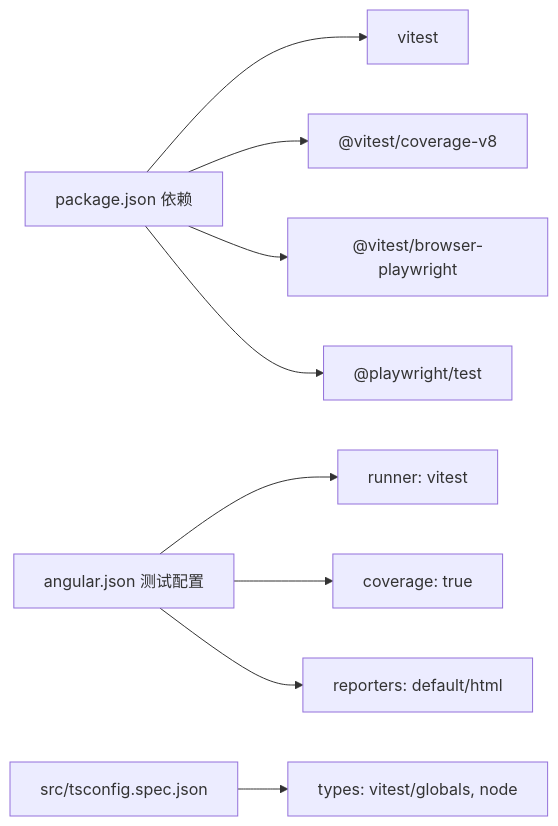
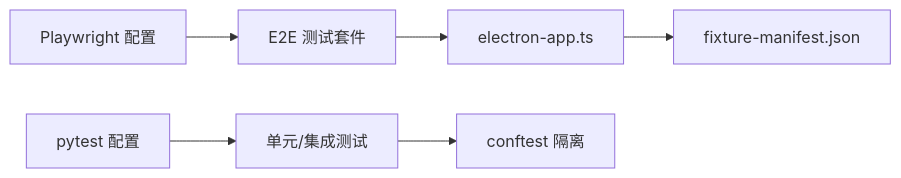
The fifth of 5 diagrams in .qoder/repowiki/zh/content/测试策略/测试策略.md (haolange/RDC-Agent), drawn with Mermaid before and after one commit. The commit also changed other lines of this file and 84 other files, not shown here.

````diff
--- a/.qoder/repowiki/zh/content/测试策略/测试策略.md
+++ b/.qoder/repowiki/zh/content/测试策略/测试策略.md
@@ -255,11 +232,8 @@
 ```mermaid
 graph LR
-Pkg["package.json 依赖"] --> Vitest["vitest"]
-Pkg --> Cover["@vitest/coverage-v8"]
-Pkg --> BP["@vitest/browser-playwright"]
-Pkg --> PW["@playwright/test"]
-CLI["angular.json 测试配置"] --> Runner["runner: vitest"]
-CLI --> Cov["coverage: true"]
-CLI --> Reports["reporters: default/html"]
-SpecTS["src/tsconfig.spec.json"] --> Types["types: vitest/globals, node"]
+PW["Playwright 配置"] --> E2E["E2E 测试套件"]
+E2E --> Helper["electron-app.ts"]
+Helper --> Fix["fixture-manifest.json"]
+Py["pytest 配置"] --> PyTests["单元/集成测试"]
+PyTests --> Conftest["conftest 隔离"]
 ```
````
